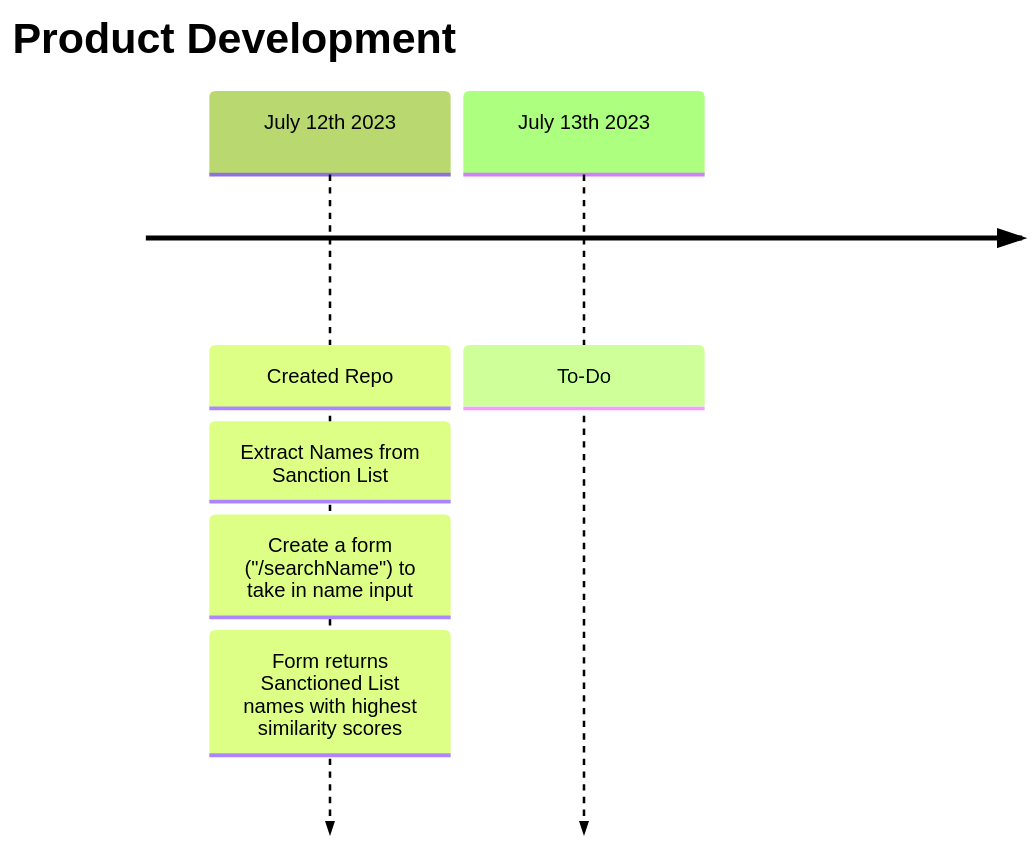
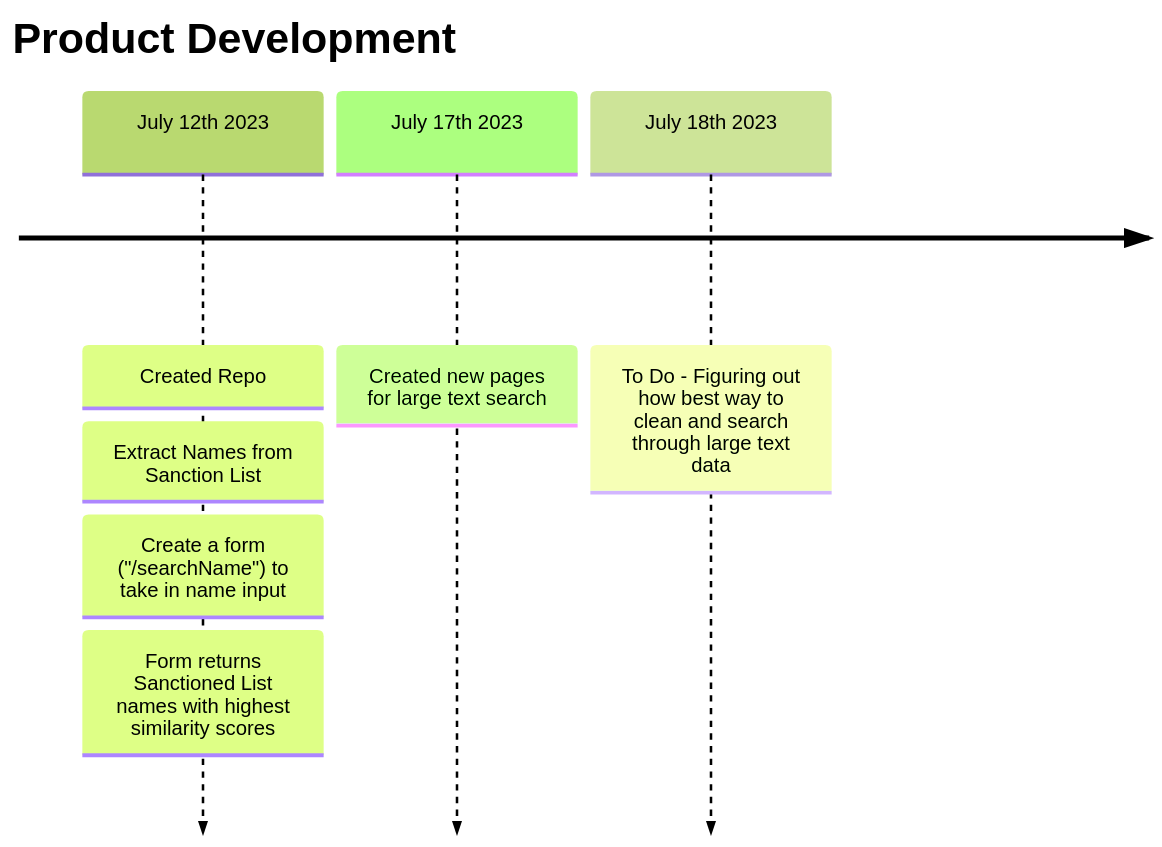
The diagram in README.md (james-csy/sanctionlistchecker), drawn with Mermaid (forest theme) before and after one commit.

````diff
--- a/README.md
+++ b/README.md
@@ -6,6 +6,7 @@
 ```mermaid
 timeline
     title Product Development
     July 12th 2023: Created Repo: Extract Names from Sanction List: Create a form ("/searchName") to take in name input: Form returns Sanctioned List names with highest similarity scores
-    July 13th 2023: To-Do
+    July 17th 2023: Created new pages for large text search
+    July 18th 2023: To Do - Figuring out how best way to clean and search through large text data
 ```
````
